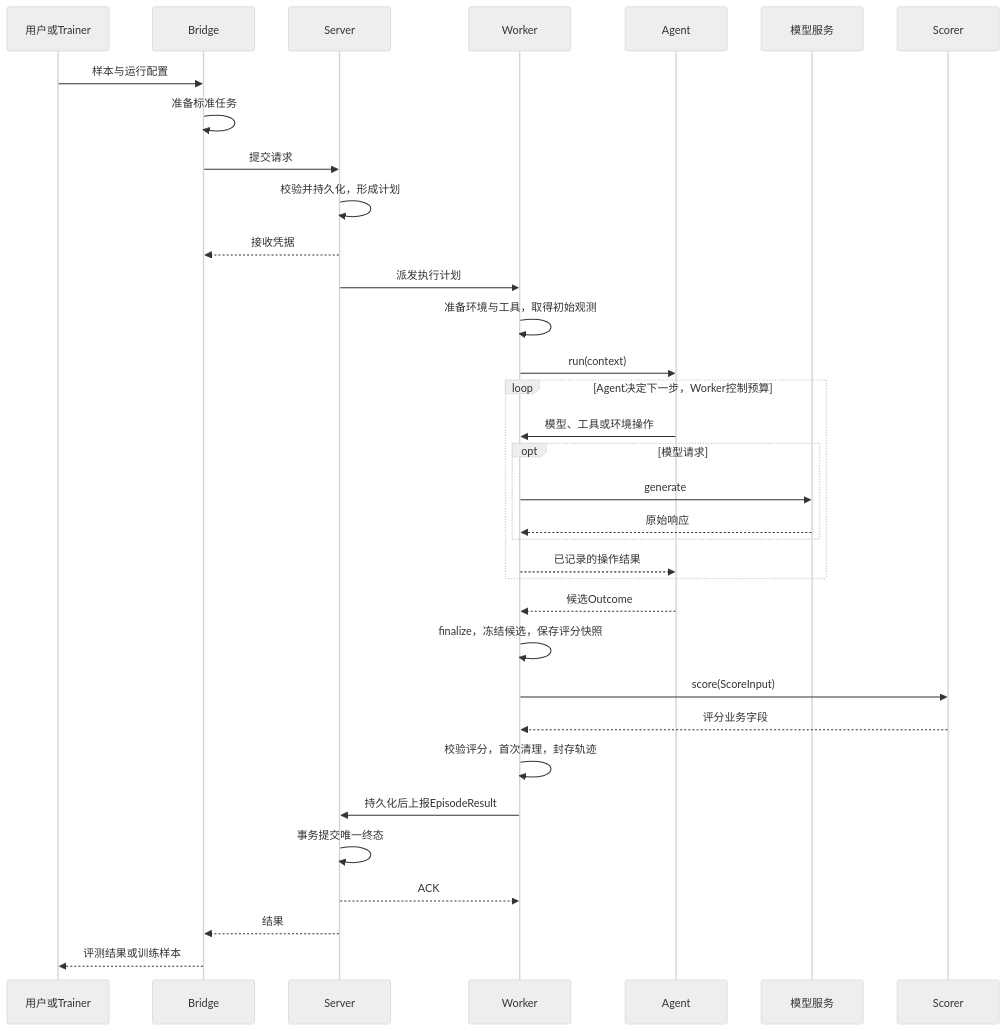
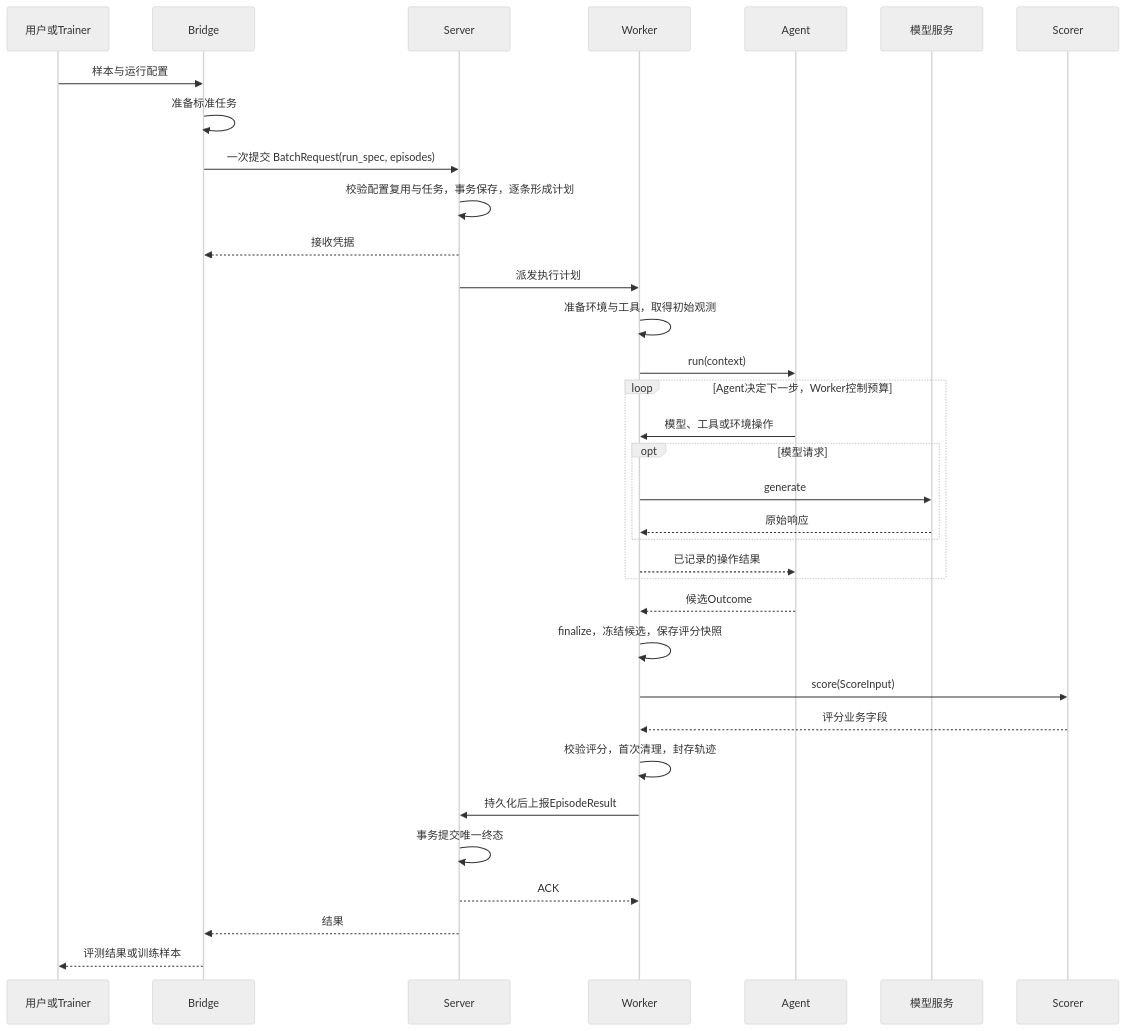
The second of 16 diagrams in docs/uenv_design.md (audreyyan1015/uenv_design), drawn with Mermaid (neutral theme) before and after one commit. The commit also changed other lines of this file and 34 other files, not shown here.

Commit message:
Submit shared run configuration with each episode batch

````diff
--- a/docs/uenv_design.md
+++ b/docs/uenv_design.md
@@ -172,36 +172,36 @@
 ```mermaid
 sequenceDiagram
   participant U as 用户或Trainer
   participant B as Bridge
   participant S as Server
   participant W as Worker
   participant A as Agent
   participant M as 模型服务
   participant Q as Scorer
   U->>B: 样本与运行配置
   B->>B: 准备标准任务
-  B->>S: 提交请求
-  S->>S: 校验并持久化，形成计划
+  B->>S: 一次提交 BatchRequest(run_spec, episodes)
+  S->>S: 校验配置复用与任务，事务保存，逐条形成计划
   S-->>B: 接收凭据
   S->>W: 派发执行计划
   W->>W: 准备环境与工具，取得初始观测
   W->>A: run(context)
   loop Agent决定下一步，Worker控制预算
     A->>W: 模型、工具或环境操作
     opt 模型请求
       W->>M: generate
       M-->>W: 原始响应
     end
     W-->>A: 已记录的操作结果
   end
   A-->>W: 候选Outcome
   W->>W: finalize，冻结候选，保存评分快照
   W->>Q: score(ScoreInput)
   Q-->>W: 评分业务字段
   W->>W: 校验评分，首次清理，封存轨迹
   W->>S: 持久化后上报EpisodeResult
   S->>S: 事务提交唯一终态
   S-->>W: ACK
   S-->>B: 结果
   B-->>U: 评测结果或训练样本
 ```
````
